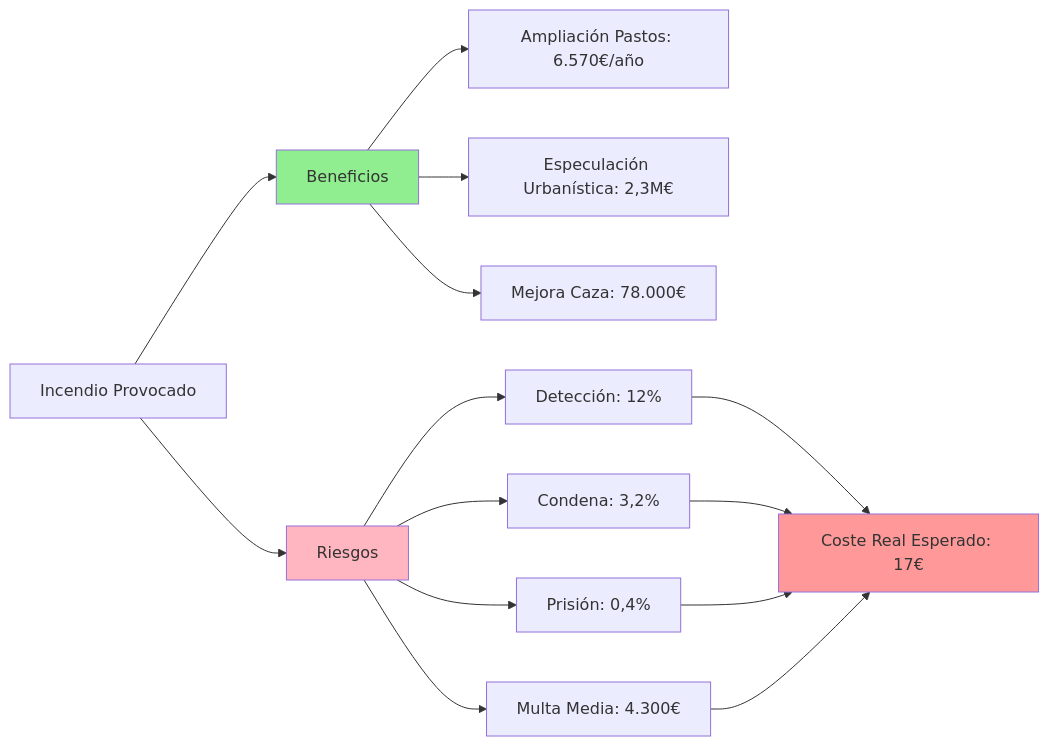
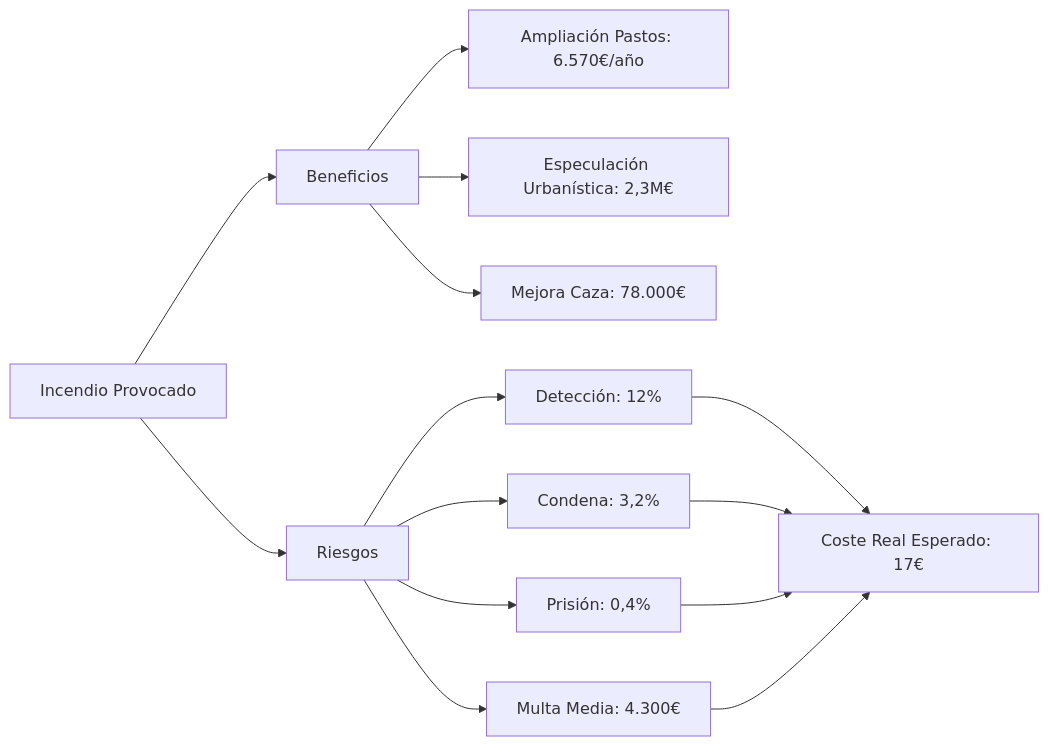
The third of 9 diagrams in politica/medioambiente/crisis-incendios-forestales-analisis-exhaustivo-2025.md (perpetuocambio/annotations), drawn with Mermaid before and after one commit. The commit also changed other lines of this file, not shown here.

````diff
--- a/politica/medioambiente/crisis-incendios-forestales-analisis-exhaustivo-2025.md
+++ b/politica/medioambiente/crisis-incendios-forestales-analisis-exhaustivo-2025.md
@@ -729,23 +725,19 @@
 ```mermaid
 flowchart LR
     A[Incendio Provocado] --> B[Beneficios]
     A --> C[Riesgos]
     
     B --> D[Ampliación Pastos: 6.570€/año]
     B --> E[Especulación Urbanística: 2,3M€]
     B --> F[Mejora Caza: 78.000€]
     
     C --> G[Detección: 12%]
     C --> H[Condena: 3,2%]
     C --> I[Prisión: 0,4%]
     C --> J[Multa Media: 4.300€]
     
     G --> K[Coste Real Esperado: 17€]
     H --> K
     I --> K
     J --> K
-    
-    style B fill:#90EE90
-    style C fill:#FFB6C1
-    style K fill:#ff9999
 ```
````
